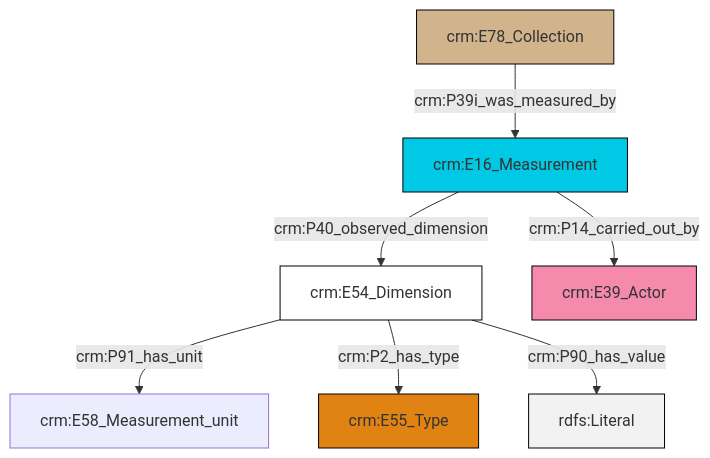
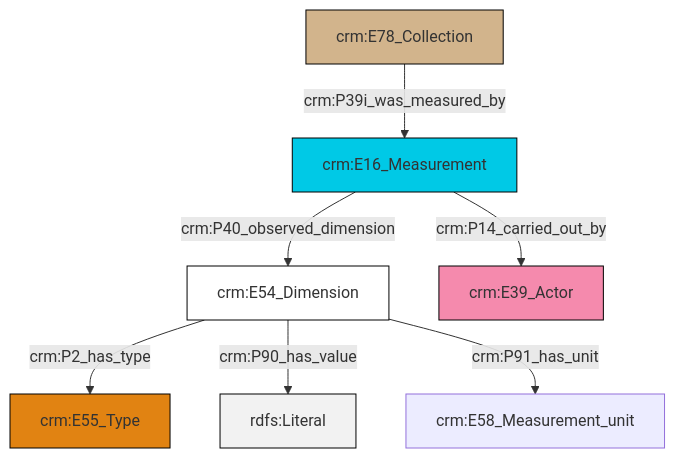
One commit to swiss-art-research-net/docs.swissartresearch changed the diagram in et/archivalCSV/ttl/mmd/archival_substance.ttl.mmd. Above: the diagram before and after it, drawn with Mermaid. The commit also changed 172 other files, not shown here.

```diff
--- a/et/archivalCSV/ttl/mmd/archival_substance.ttl.mmd
+++ b/et/archivalCSV/ttl/mmd/archival_substance.ttl.mmd
@@ -1,21 +1,21 @@
 graph TD
 classDef Literal fill:#f2f2f2,stroke:#000000;
 classDef CRM_Entity fill:#FFFFFF,stroke:#000000;
 classDef Temporal_Entity fill:#00C9E6, stroke:#000000;
 classDef Type fill:#E18312, stroke:#000000;
 classDef Time-Span fill:#2C9C91, stroke:#000000;
 classDef Appellation fill:#FFEB7F, stroke:#000000;
 classDef Place fill:#008836, stroke:#000000;
 classDef Persistent_Item fill:#B266B2, stroke:#000000;
 classDef Conceptual_Object fill:#FFD700, stroke:#000000;
 classDef Physical_Thing fill:#D2B48C, stroke:#000000;
 classDef Actor fill:#f58aad, stroke:#000000;
 classDef PC_Classes fill:#4ce600, stroke:#000000;
 classDef Multi fill:#cccccc,stroke:#000000;
 
-0["crm:E54_Dimension"]:::CRM_Entity -->|crm:P91_has_unit| 4["crm:E58_Measurement_unit"]:::Default
-2["crm:E16_Measurement"]:::Temporal_Entity -->|crm:P40_observed_dimension| 0["crm:E54_Dimension"]:::CRM_Entity
-0["crm:E54_Dimension"]:::CRM_Entity -->|crm:P2_has_type| 8["crm:E55_Type"]:::Type
-6["crm:E78_Collection"]:::Physical_Thing -->|crm:P39i_was_measured_by| 2["crm:E16_Measurement"]:::Temporal_Entity
-0["crm:E54_Dimension"]:::CRM_Entity -->|crm:P90_has_value| 12[rdfs:Literal]:::Literal
-2["crm:E16_Measurement"]:::Temporal_Entity -->|crm:P14_carried_out_by| 9["crm:E39_Actor"]:::Actor
+2["crm:E54_Dimension"]:::CRM_Entity -->|crm:P2_has_type| 3["crm:E55_Type"]:::Type
+0["crm:E78_Collection"]:::Physical_Thing -->|crm:P39i_was_measured_by| 4["crm:E16_Measurement"]:::Temporal_Entity
+4["crm:E16_Measurement"]:::Temporal_Entity -->|crm:P14_carried_out_by| 7["crm:E39_Actor"]:::Actor
+4["crm:E16_Measurement"]:::Temporal_Entity -->|crm:P40_observed_dimension| 2["crm:E54_Dimension"]:::CRM_Entity
+2["crm:E54_Dimension"]:::CRM_Entity -->|crm:P90_has_value| 8[rdfs:Literal]:::Literal
+2["crm:E54_Dimension"]:::CRM_Entity -->|crm:P91_has_unit| 9["crm:E58_Measurement_unit"]:::Default
```
